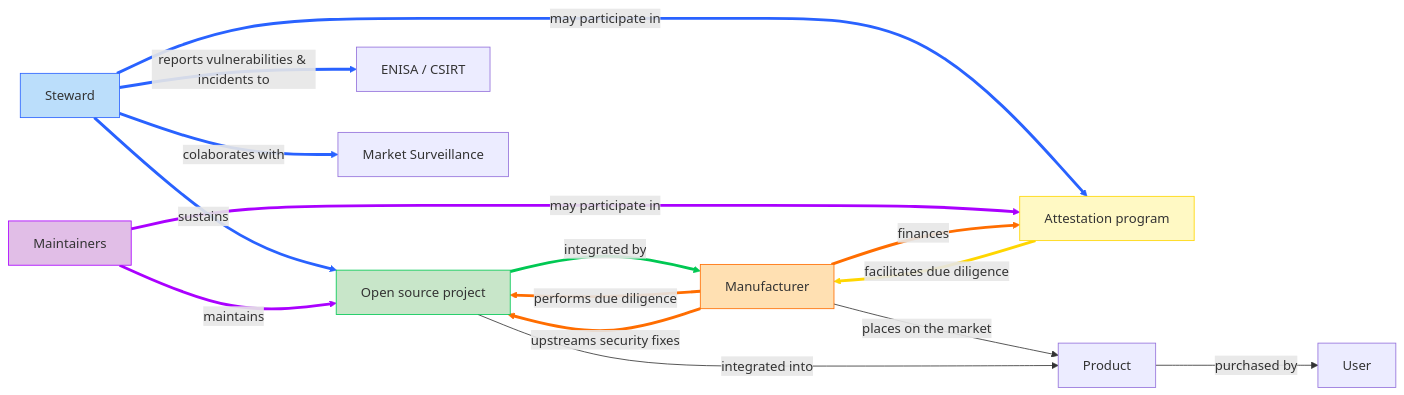
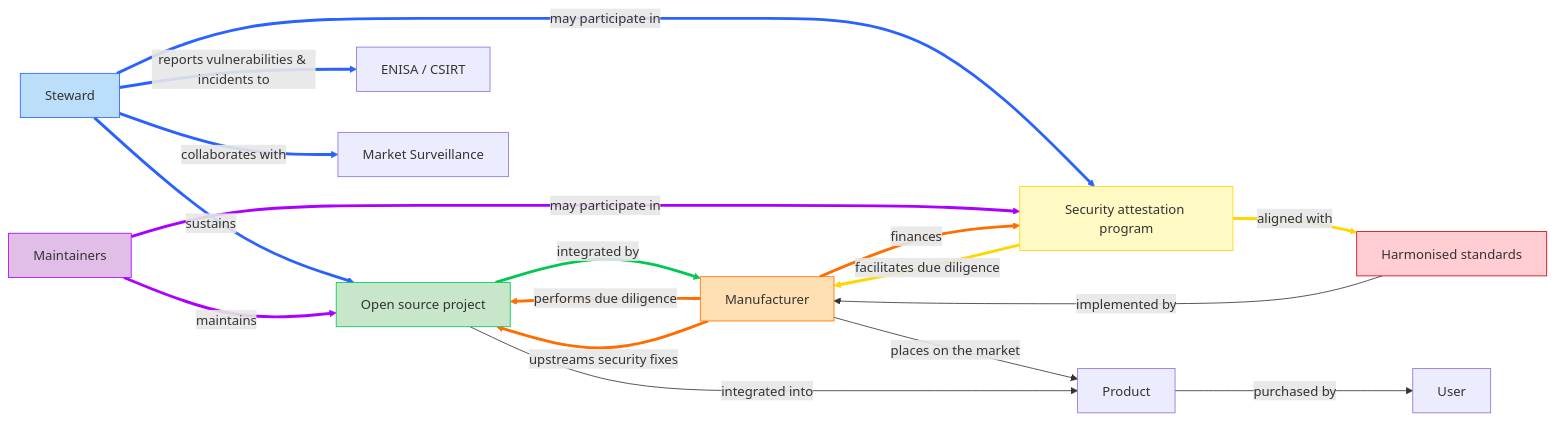
Before and after one commit to orcwg/orcwg: the first of 2 diagrams in cyber-resilience-sig/README.md, drawn with Mermaid. The commit also changed other lines of this file, not shown here.

````diff
--- a/cyber-resilience-sig/README.md
+++ b/cyber-resilience-sig/README.md
@@ -21,29 +23,36 @@
 ```mermaid
 flowchart LR
     foss["Open source project"] == integrated by ==> manufacturer["Manufacturer"] 
     manufacturer == performs due diligence ==> foss
     steward["Steward"] == reports vulnerabilities & incidents to ==> enisa["ENISA / CSIRT"]
-    steward == colaborates with ==> msa["Market Surveillance"]
-    prog["Attestation program"] == facilitates due diligence ==> manufacturer
-    steward == may participate in ==> prog
-    maintainers["Maintainers"] == may participate in ==> prog
-    manufacturer == finances ==> prog
+    steward == collaborates with ==> msa["Market Surveillance"]
+    attest["Security attestation program"] == facilitates due diligence ==> manufacturer
+    steward == may participate in ==> attest
+    maintainers["Maintainers"] == may participate in ==> attest
+    manufacturer == finances ==> attest
     steward == sustains ==> foss
     maintainers == maintains ==> foss
     manufacturer == upstreams security fixes ==> foss
     manufacturer -- places on the market --> product["Product"]
+    attest == aligned with ==> standards["Harmonised standards"] 
+    standards -- implemented by --> manufacturer
     foss -- integrated into --> product
     product -- purchased by --> user["User"]
+    
+    style steward fill:#BBDEFB,stroke:#2962FF
+    linkStyle 2,3,5,8 stroke:#2962FF,fill:none
 
+    style manufacturer stroke:#FF6D00,fill:#FFE0B2
+    linkStyle 1,7,10 stroke:#FF6D00,fill:none
 
-    style steward fill:#BBDEFB,stroke:#2962FF
     style foss fill:#C8E6C9,stroke:#00C853
-    style manufacturer stroke:#FF6D00,fill:#FFE0B2
+    linkStyle 0 stroke:#00C853,fill:none
+
     style maintainers fill:#E1BEE7,stroke:#AA00FF
-    style prog fill:#FFF9C4,stroke:#FFD600
-    linkStyle 1,7,10 stroke:#FF6D00,fill:none
-    linkStyle 2,3,5,8 stroke:#2962FF,fill:none
     linkStyle 6,9 stroke:#AA00FF,fill:none
-    linkStyle 4 stroke:#FFD600,fill:none
-    linkStyle 0 stroke:#00C853,fill:none
+
+    style attest fill:#FFF9C4,stroke:#FFD600
+    linkStyle 4,12 stroke:#FFD600,fill:none
+ 
+    style standards fill:#FFCDD2,stroke:#D50000
 ```
````
